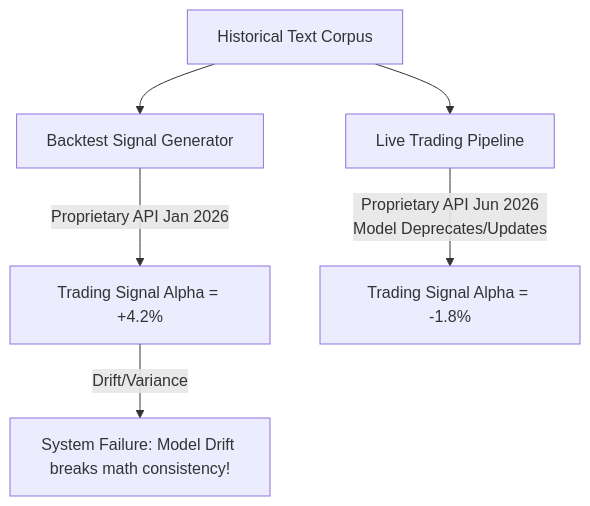
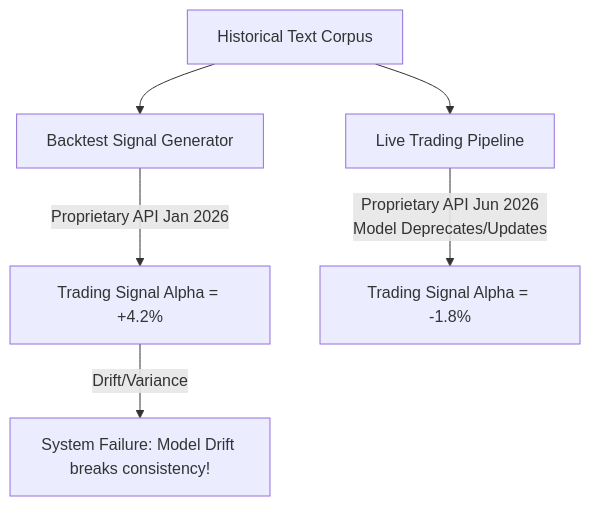
Before and after one commit to dambor/workshop-platform: the third of 5 diagrams in public/workshops/workshop-quantscale.md, drawn with Mermaid. The commit also changed other lines of this file and 3 other files, not shown here.

````diff
--- a/public/workshops/workshop-quantscale.md
+++ b/public/workshops/workshop-quantscale.md
@@ -291,10 +272,10 @@
 ```mermaid
 graph TD
     A[Historical Text Corpus] --> B[Backtest Signal Generator]
     B -->|Proprietary API Jan 2026| C[Trading Signal Alpha = +4.2%]
     
     A --> D[Live Trading Pipeline]
-    D -->|Proprietary API Jun 2026\nModel Deprecates/Updates| E[Trading Signal Alpha = -1.8%]
+    D -->|Proprietary API Jun 2026<br/>Model Deprecates/Updates| E[Trading Signal Alpha = -1.8%]
     
-    C -->|Drift/Variance| F[System Failure: Model Drift breaks math consistency!]
+    C -->|Drift/Variance| F[System Failure: Model Drift breaks consistency!]
 ```
````
